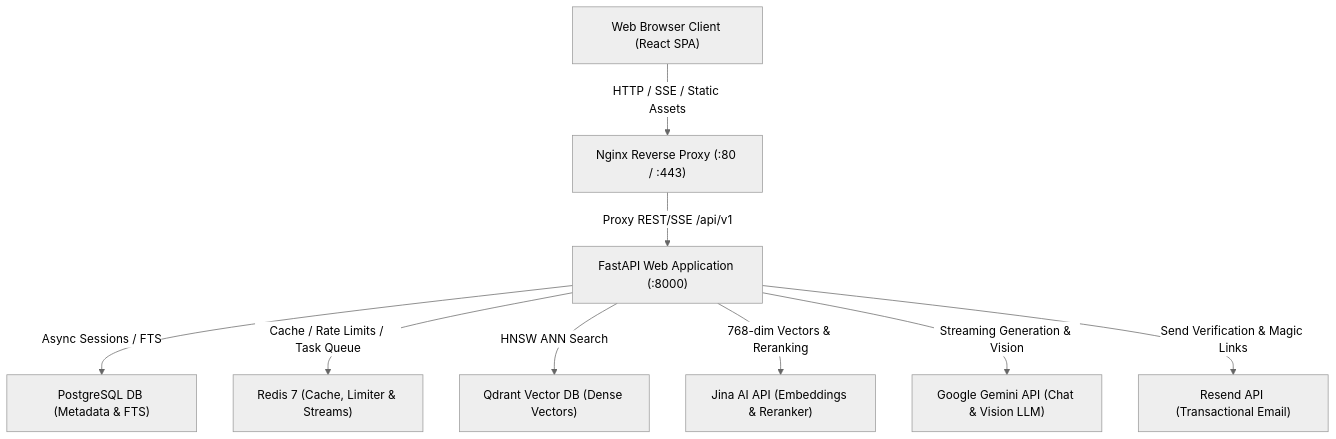
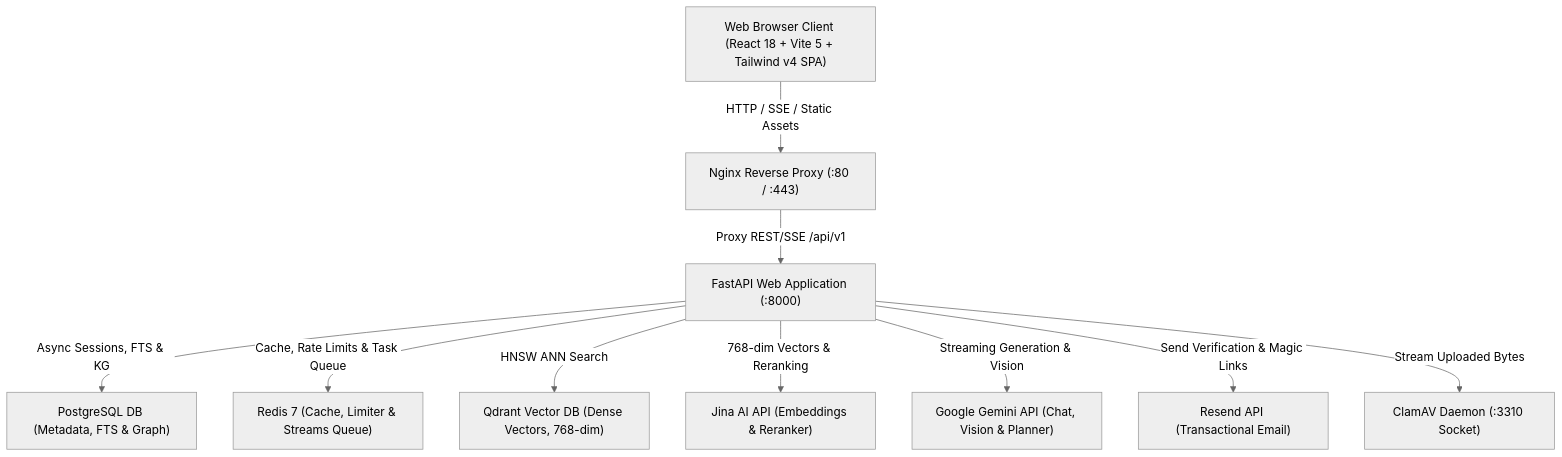
One commit to Satya-Naraharisetty/FusionRAG changed the diagram in README.md. Above: the diagram before and after it, drawn with Mermaid (neutral theme). The commit also changed other lines of this file and 3 other files, not shown here.

Commit message:
docs: expand system architecture documentation to include security, retrieval, and ingestion pipeline enhancements

````diff
--- a/README.md
+++ b/README.md
@@ -83,21 +86,23 @@
 ```mermaid
 graph TD
-    User["Web Browser Client (React SPA)"]
+    User["Web Browser Client (React 18 + Vite 5 + Tailwind v4 SPA)"]
     Nginx["Nginx Reverse Proxy (:80 / :443)"]
     FastAPI["FastAPI Web Application (:8000)"]
-    Postgres["PostgreSQL DB (Metadata & FTS)"]
-    Redis["Redis 7 (Cache, Limiter & Streams)"]
-    Qdrant["Qdrant Vector DB (Dense Vectors)"]
+    Postgres["PostgreSQL DB (Metadata, FTS & Graph)"]
+    Redis["Redis 7 (Cache, Limiter & Streams Queue)"]
+    Qdrant["Qdrant Vector DB (Dense Vectors, 768-dim)"]
     Jina["Jina AI API (Embeddings & Reranker)"]
-    Gemini["Google Gemini API (Chat & Vision LLM)"]
+    Gemini["Google Gemini API (Chat, Vision & Planner)"]
     Resend["Resend API (Transactional Email)"]
+    ClamAV["ClamAV Daemon (:3310 Socket)"]
 
     User -->|HTTP / SSE / Static Assets| Nginx
     Nginx -->|Proxy REST/SSE /api/v1| FastAPI
-    FastAPI -->|Async Sessions / FTS| Postgres
-    FastAPI -->|Cache / Rate Limits / Task Queue| Redis
+    FastAPI -->|Async Sessions, FTS & KG| Postgres
+    FastAPI -->|Cache, Rate Limits & Task Queue| Redis
     FastAPI -->|HNSW ANN Search| Qdrant
     FastAPI -->|768-dim Vectors & Reranking| Jina
     FastAPI -->|Streaming Generation & Vision| Gemini
     FastAPI -->|Send Verification & Magic Links| Resend
+    FastAPI -->|Stream Uploaded Bytes| ClamAV
 ```
````
